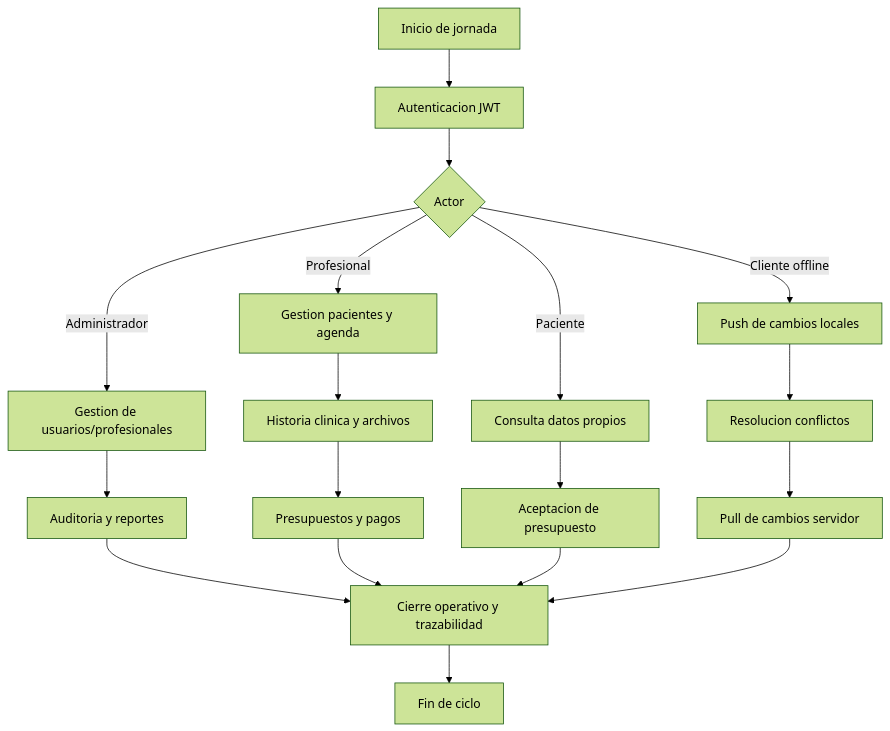
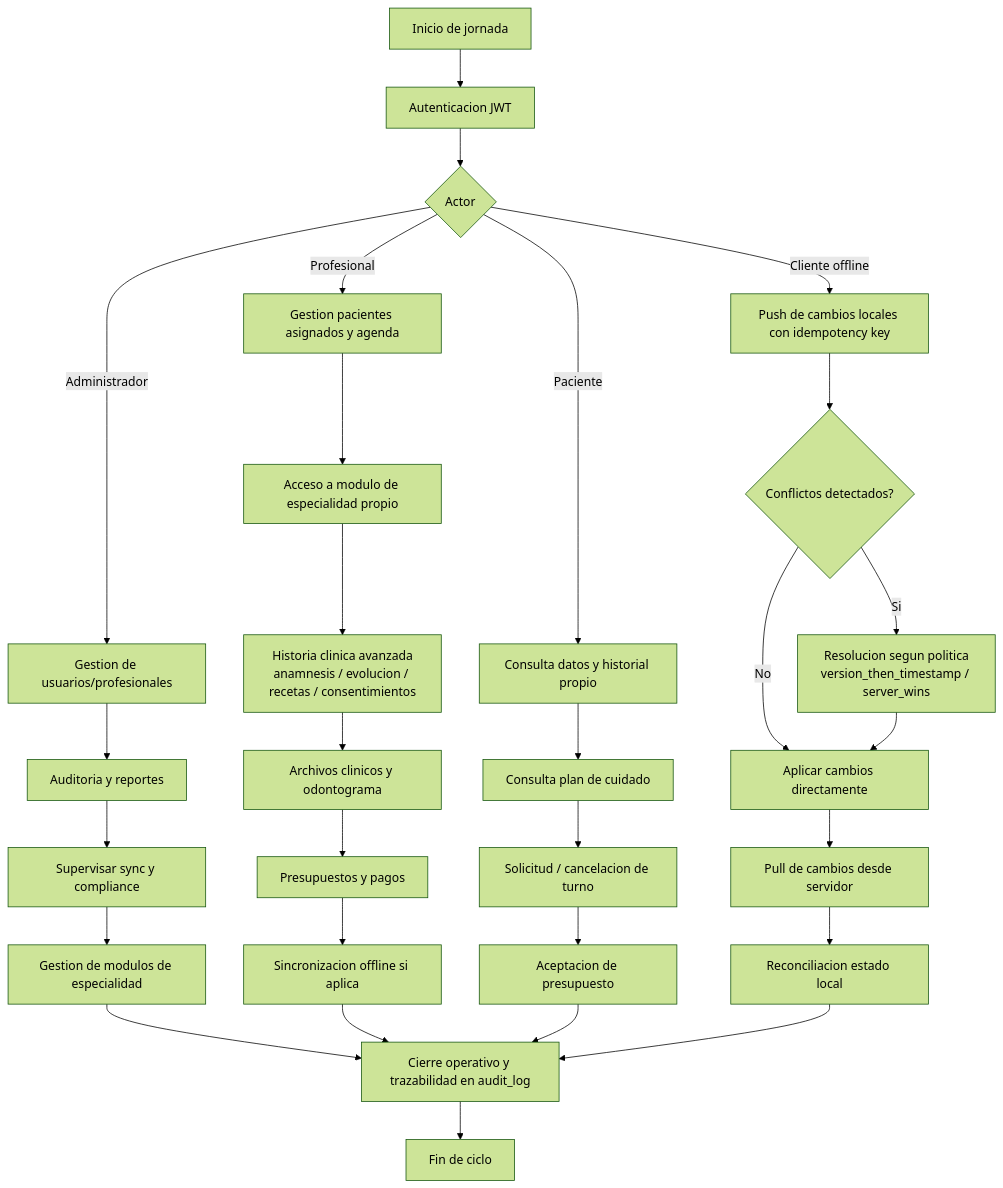
Before and after one commit to Yop007N/medicalcenter: the diagram in docs/uml/operational_flow_cycle.mmd, drawn with Mermaid (forest theme). The commit also changed 16 other files, not shown here.

Commit message:
docs(uml): actualizar diagramas y archivar artefactos legacy

```diff
--- a/docs/uml/operational_flow_cycle.mmd
+++ b/docs/uml/operational_flow_cycle.mmd
@@ -1,23 +1,34 @@
 flowchart TD
     I[Inicio de jornada] --> L[Autenticacion JWT]
     L --> OP{Actor}
 
     OP -->|Administrador| AD1[Gestion de usuarios/profesionales]
     AD1 --> AD2[Auditoria y reportes]
-    AD2 --> CIERRE
+    AD2 --> AD3[Supervisar sync y compliance]
+    AD3 --> AD4[Gestion de modulos de especialidad]
+    AD4 --> CIERRE
 
-    OP -->|Profesional| PR1[Gestion pacientes y agenda]
-    PR1 --> PR2[Historia clinica y archivos]
-    PR2 --> PR3[Presupuestos y pagos]
-    PR3 --> CIERRE
+    OP -->|Profesional| PR1[Gestion pacientes asignados y agenda]
+    PR1 --> PR2[Acceso a modulo de especialidad propio]
+    PR2 --> PR3[Historia clinica avanzada\nanamnesis / evolucion / recetas / consentimientos]
+    PR3 --> PR4[Archivos clinicos y odontograma]
+    PR4 --> PR5[Presupuestos y pagos]
+    PR5 --> PR6[Sincronizacion offline si aplica]
+    PR6 --> CIERRE
 
-    OP -->|Paciente| PA1[Consulta datos propios]
-    PA1 --> PA2[Aceptacion de presupuesto]
-    PA2 --> CIERRE
+    OP -->|Paciente| PA1[Consulta datos y historial propio]
+    PA1 --> PA2[Consulta plan de cuidado]
+    PA2 --> PA3[Solicitud / cancelacion de turno]
+    PA3 --> PA4[Aceptacion de presupuesto]
+    PA4 --> CIERRE
 
-    OP -->|Cliente offline| OF1[Push de cambios locales]
-    OF1 --> OF2[Resolucion conflictos]
-    OF2 --> OF3[Pull de cambios servidor]
-    OF3 --> CIERRE
+    OP -->|Cliente offline| OF1[Push de cambios locales con idempotency key]
+    OF1 --> OF2{Conflictos detectados?}
+    OF2 -->|Si| OF3[Resolucion segun politica\nversion_then_timestamp / server_wins]
+    OF2 -->|No| OF4[Aplicar cambios directamente]
+    OF3 --> OF4
+    OF4 --> OF5[Pull de cambios desde servidor]
+    OF5 --> OF6[Reconciliacion estado local]
+    OF6 --> CIERRE
 
-    CIERRE[Cierre operativo y trazabilidad] --> FIN[Fin de ciclo]
+    CIERRE[Cierre operativo y trazabilidad en audit_log] --> FIN[Fin de ciclo]
```
